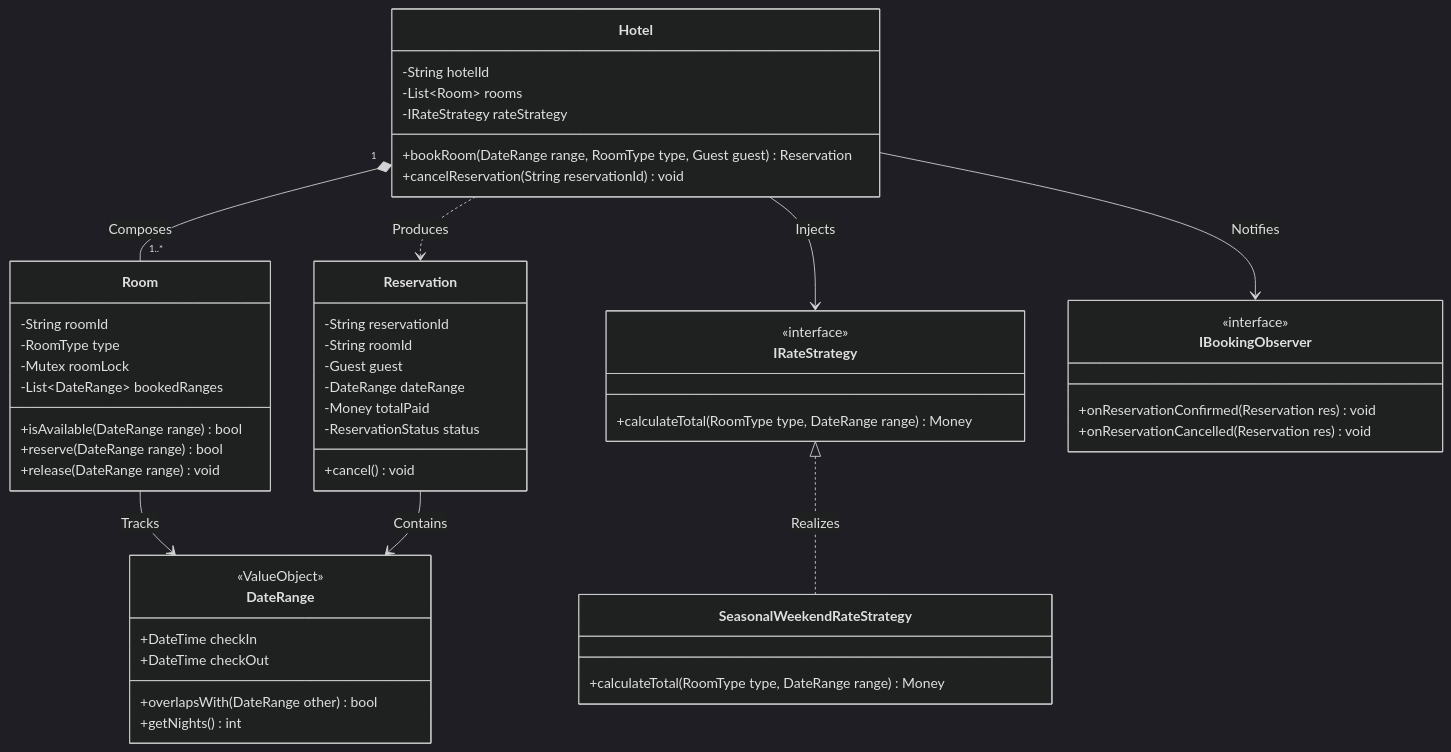
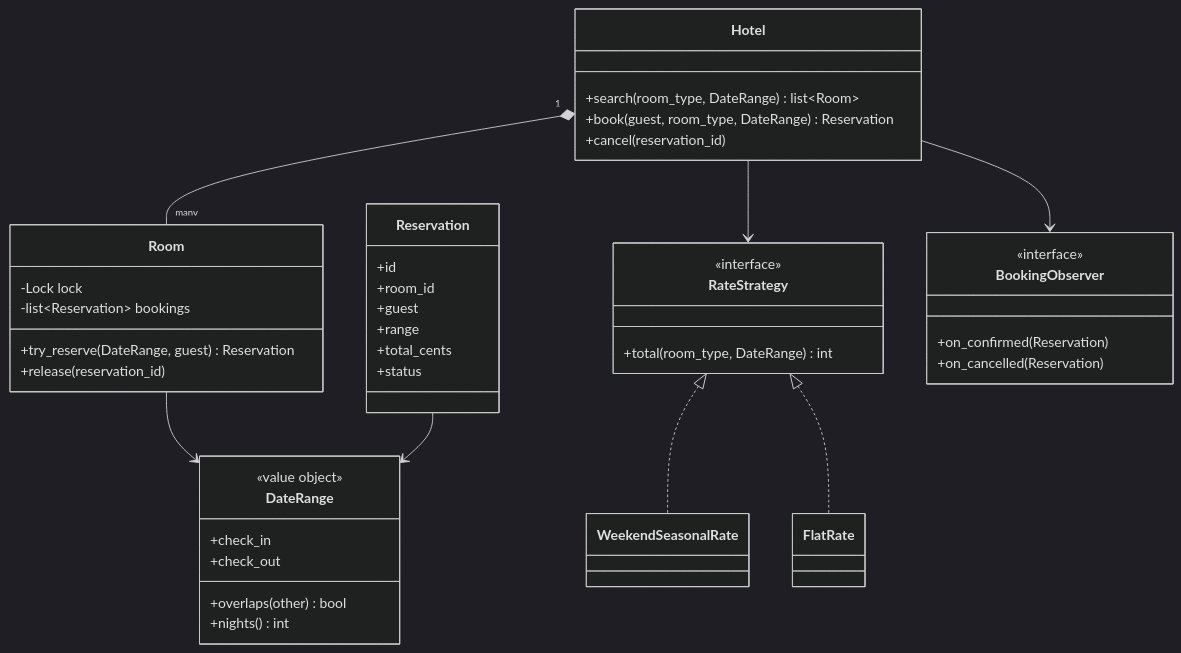
The diagram in content/lld/22-capstone-project/README.md (TapanKumarBarik/Backend-roadmap), drawn with Mermaid (dark theme) before and after one commit. The commit also changed other lines of this file and 68 other files, not shown here.

````diff
--- a/content/lld/22-capstone-project/README.md
+++ b/content/lld/22-capstone-project/README.md
@@ -18,61 +24,45 @@
 ```mermaid
 classDiagram
-    class Hotel {
-        -String hotelId
-        -List~Room~ rooms
-        -IRateStrategy rateStrategy
-        +bookRoom(DateRange range, RoomType type, Guest guest) Reservation
-        +cancelReservation(String reservationId) void
-    }
-
-    class Room {
-        -String roomId
-        -RoomType type
-        -Mutex roomLock
-        -List~DateRange~ bookedRanges
-        +isAvailable(DateRange range) bool
-        +reserve(DateRange range) bool
-        +release(DateRange range) void
-    }
-
-    class DateRange {
-        <<ValueObject>>
-        +DateTime checkIn
-        +DateTime checkOut
-        +overlapsWith(DateRange other) bool
-        +getNights() int
-    }
-
-    class Reservation {
-        -String reservationId
-        -String roomId
-        -Guest guest
-        -DateRange dateRange
-        -Money totalPaid
-        -ReservationStatus status
-        +cancel() void
-    }
-
-    class IRateStrategy {
-        <<interface>>
-        +calculateTotal(RoomType type, DateRange range) Money
-    }
-
-    class SeasonalWeekendRateStrategy {
-        +calculateTotal(RoomType type, DateRange range) Money
-    }
-
-    class IBookingObserver {
-        <<interface>>
-        +onReservationConfirmed(Reservation res) void
-        +onReservationCancelled(Reservation res) void
-    }
-
-    Hotel "1" *-- "1..*" Room : Composes
-    Room --> DateRange : Tracks
-    Reservation --> DateRange : Contains
-    Hotel ..> Reservation : Produces
-    Hotel --> IRateStrategy : Injects
-    IRateStrategy <|.. SeasonalWeekendRateStrategy : Realizes
-    Hotel --> IBookingObserver : Notifies
+  class Hotel {
+    +search(room_type, DateRange) list~Room~
+    +book(guest, room_type, DateRange) Reservation
+    +cancel(reservation_id)
+  }
+  class Room {
+    -Lock lock
+    -list~Reservation~ bookings
+    +try_reserve(DateRange, guest) Reservation
+    +release(reservation_id)
+  }
+  class DateRange {
+    <<value object>>
+    +check_in
+    +check_out
+    +overlaps(other) bool
+    +nights() int
+  }
+  class Reservation {
+    +id
+    +room_id
+    +guest
+    +range
+    +total_cents
+    +status
+  }
+  class RateStrategy {
+    <<interface>>
+    +total(room_type, DateRange) int
+  }
+  class BookingObserver {
+    <<interface>>
+    +on_confirmed(Reservation)
+    +on_cancelled(Reservation)
+  }
+  Hotel "1" *-- "many" Room
+  Room --> DateRange
+  Reservation --> DateRange
+  Hotel --> RateStrategy
+  Hotel --> BookingObserver
+  RateStrategy <|.. WeekendSeasonalRate
+  RateStrategy <|.. FlatRate
 ```
````
